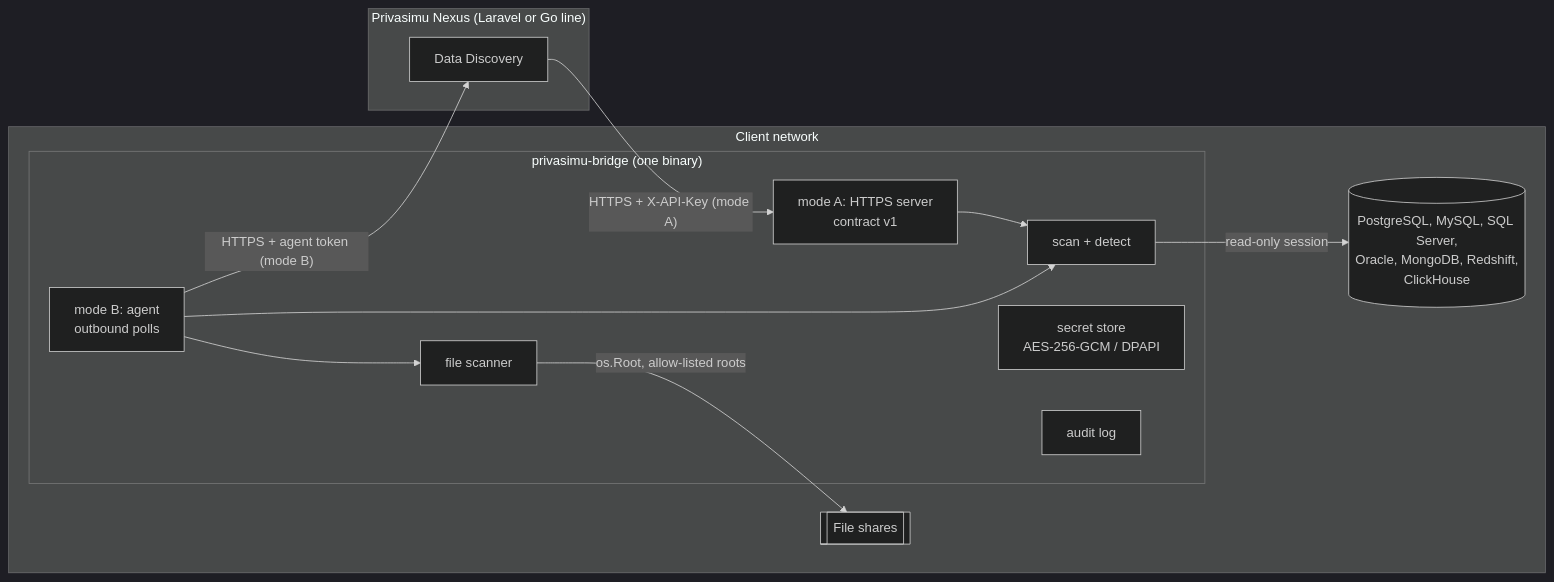
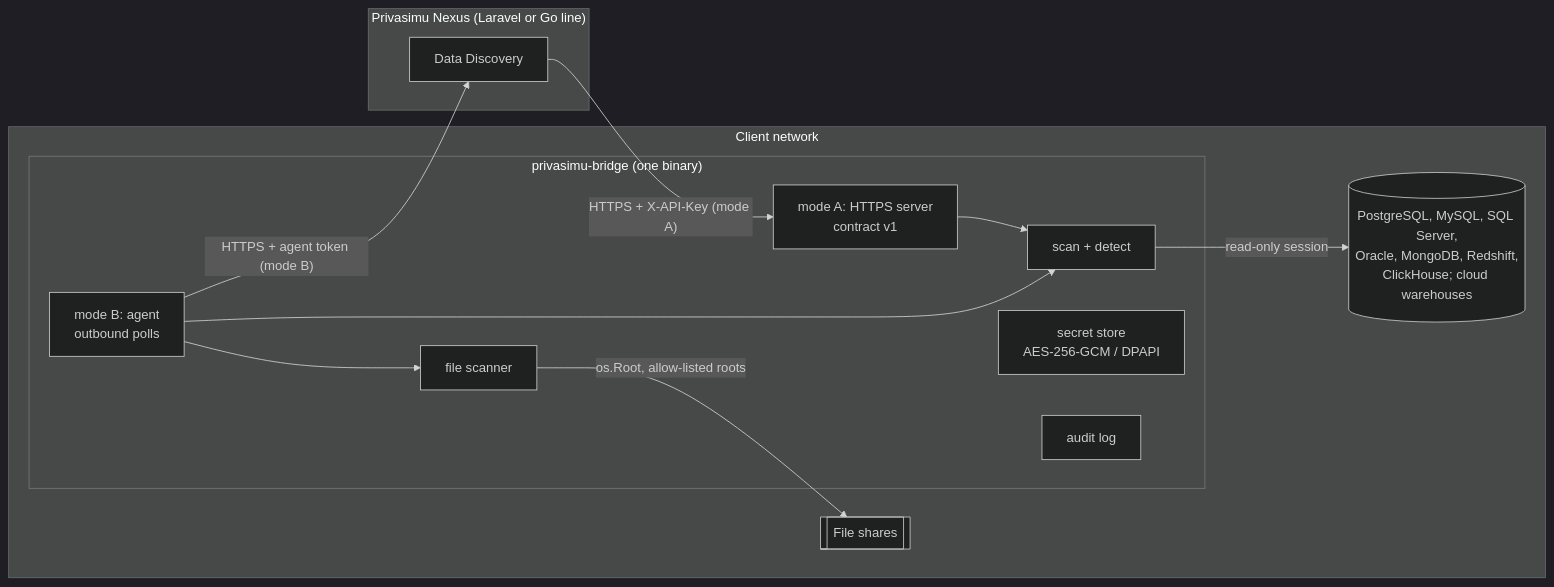
Before and after one commit to Privasimu/privasimu-bridge: the diagram in docs/DESIGN.md, drawn with Mermaid (dark theme). The commit also changed other lines of this file and 4 other files, not shown here.

First line of the commit message:
docs: cloud warehouses in the guides and in agent protocol revision 4

````diff
--- a/docs/DESIGN.md
+++ b/docs/DESIGN.md
@@ -100,25 +101,25 @@
 ```mermaid
 flowchart LR
   subgraph Platform["Privasimu Nexus (Laravel or Go line)"]
     DD[Data Discovery]
   end
   subgraph Client["Client network"]
     subgraph B["privasimu-bridge (one binary)"]
       A["mode A: HTTPS server<br/>contract v1"]
       M["mode B: agent<br/>outbound polls"]
       S[scan + detect]
       F[file scanner]
       SEC["secret store<br/>AES-256-GCM / DPAPI"]
       AU[audit log]
     end
-    DB[(PostgreSQL, MySQL, SQL Server,<br/>Oracle, MongoDB, Redshift,<br/>ClickHouse)]
+    DB[(PostgreSQL, MySQL, SQL Server,<br/>Oracle, MongoDB, Redshift,<br/>ClickHouse; cloud warehouses)]
     FS[[File shares]]
   end
   DD -- "HTTPS + X-API-Key (mode A)" --> A
   M -- "HTTPS + agent token (mode B)" --> DD
   A --> S
   M --> S
   M --> F
   S -- "read-only session" --> DB
   F -- "os.Root, allow-listed roots" --> FS
 ```
````
